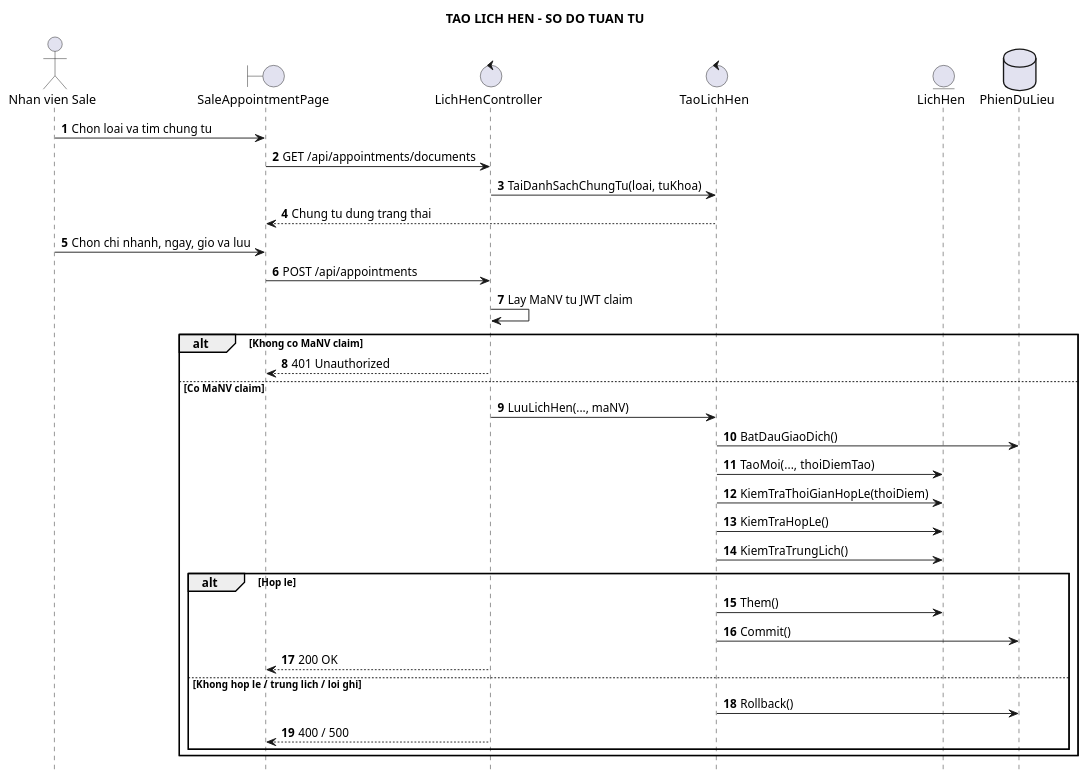
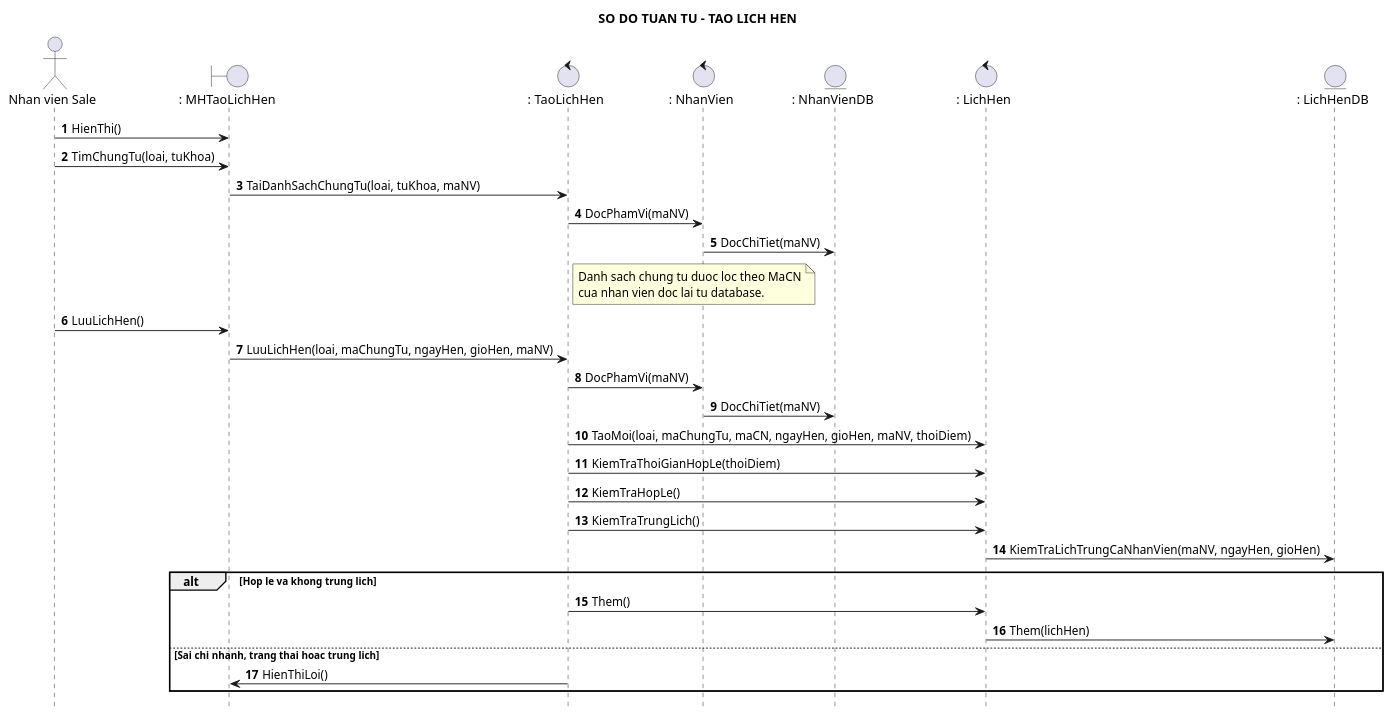
Before and after one commit to Ming1309/HomeStay-Dorm: the diagram in docs/uml/tao-lich-hen-sequence.puml, drawn with PlantUML. The commit also changed 51 other files, not shown here.

```diff
--- a/docs/uml/tao-lich-hen-sequence.puml
+++ b/docs/uml/tao-lich-hen-sequence.puml
@@ -1,37 +1,40 @@
 @startuml
-title TAO LICH HEN - SO DO TUAN TU
+title SO DO TUAN TU - TAO LICH HEN
 hide footbox
 autonumber
+skinparam shadowing false
+
 actor "Nhan vien Sale" as Sale
-boundary SaleAppointmentPage as UI
-control LichHenController as API
-control TaoLichHen as UC
-entity LichHen as LH
-database PhienDuLieu as DB
+boundary ": MHTaoLichHen" as MH
+control ": TaoLichHen" as TLH
+control ": NhanVien" as NV
+entity ": NhanVienDB" as NVDB
+control ": LichHen" as LH
+entity ": LichHenDB" as LHDB
 
-Sale -> UI : Chon loai va tim chung tu
-UI -> API : GET /api/appointments/documents
-API -> UC : TaiDanhSachChungTu(loai, tuKhoa)
-UC --> UI : Chung tu dung trang thai
-Sale -> UI : Chon chi nhanh, ngay, gio va luu
-UI -> API : POST /api/appointments
-API -> API : Lay MaNV tu JWT claim
-alt Khong co MaNV claim
-  API --> UI : 401 Unauthorized
-else Co MaNV claim
-  API -> UC : LuuLichHen(..., maNV)
-  UC -> DB : BatDauGiaoDich()
-  UC -> LH : TaoMoi(..., thoiDiemTao)
-  UC -> LH : KiemTraThoiGianHopLe(thoiDiem)
-  UC -> LH : KiemTraHopLe()
-  UC -> LH : KiemTraTrungLich()
-  alt Hop le
-    UC -> LH : Them()
-    UC -> DB : Commit()
-    API --> UI : 200 OK
-  else Khong hop le / trung lich / loi ghi
-    UC -> DB : Rollback()
-    API --> UI : 400 / 500
-  end
+Sale -> MH : HienThi()
+Sale -> MH : TimChungTu(loai, tuKhoa)
+MH -> TLH : TaiDanhSachChungTu(loai, tuKhoa, maNV)
+TLH -> NV : DocPhamVi(maNV)
+NV -> NVDB : DocChiTiet(maNV)
+note right of TLH
+  Danh sach chung tu duoc loc theo MaCN
+  cua nhan vien doc lai tu database.
+end note
+
+Sale -> MH : LuuLichHen()
+MH -> TLH : LuuLichHen(loai, maChungTu, ngayHen, gioHen, maNV)
+TLH -> NV : DocPhamVi(maNV)
+NV -> NVDB : DocChiTiet(maNV)
+TLH -> LH : TaoMoi(loai, maChungTu, maCN, ngayHen, gioHen, maNV, thoiDiem)
+TLH -> LH : KiemTraThoiGianHopLe(thoiDiem)
+TLH -> LH : KiemTraHopLe()
+TLH -> LH : KiemTraTrungLich()
+LH -> LHDB : KiemTraLichTrungCaNhanVien(maNV, ngayHen, gioHen)
+alt Hop le va khong trung lich
+  TLH -> LH : Them()
+  LH -> LHDB : Them(lichHen)
+else Sai chi nhanh, trang thai hoac trung lich
+  TLH -> MH : HienThiLoi()
 end
 @enduml
```
